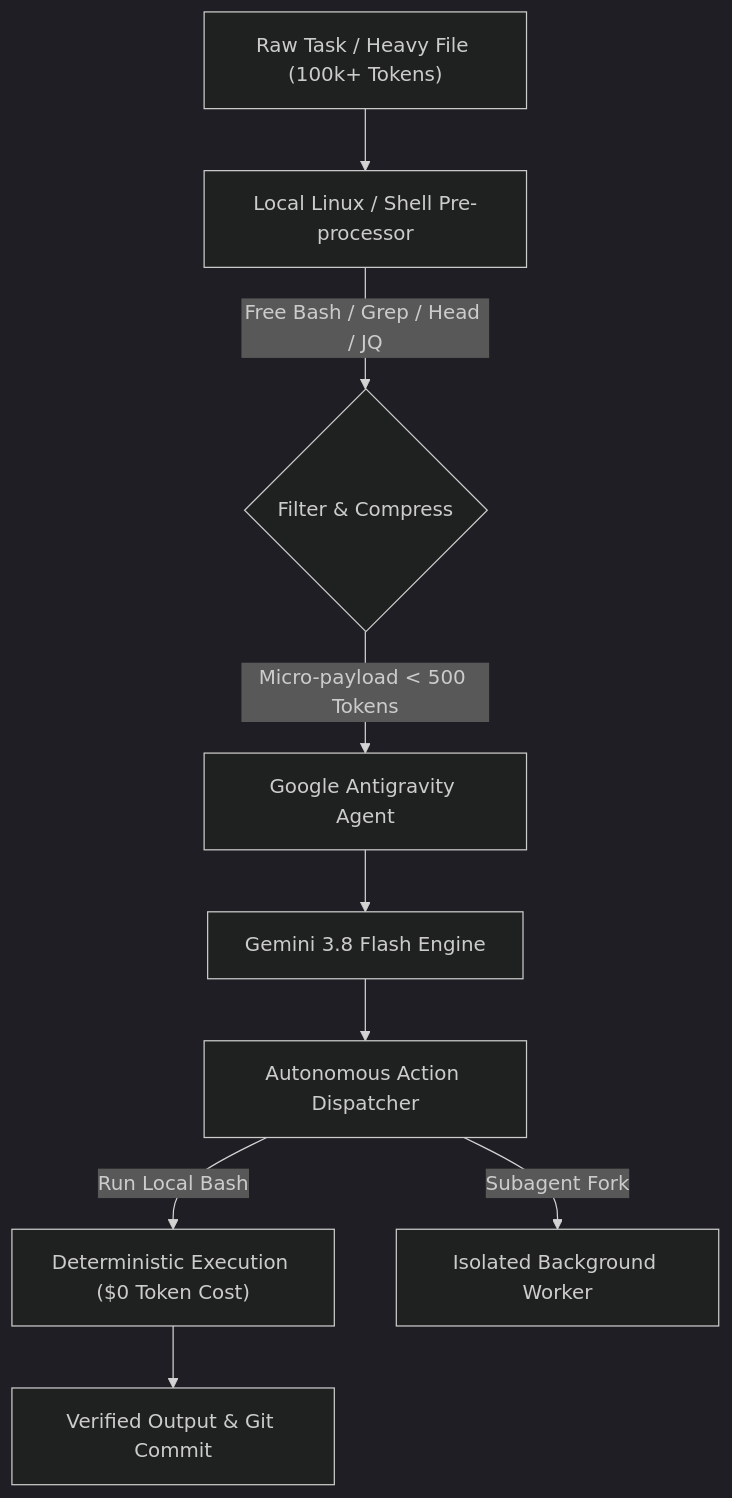
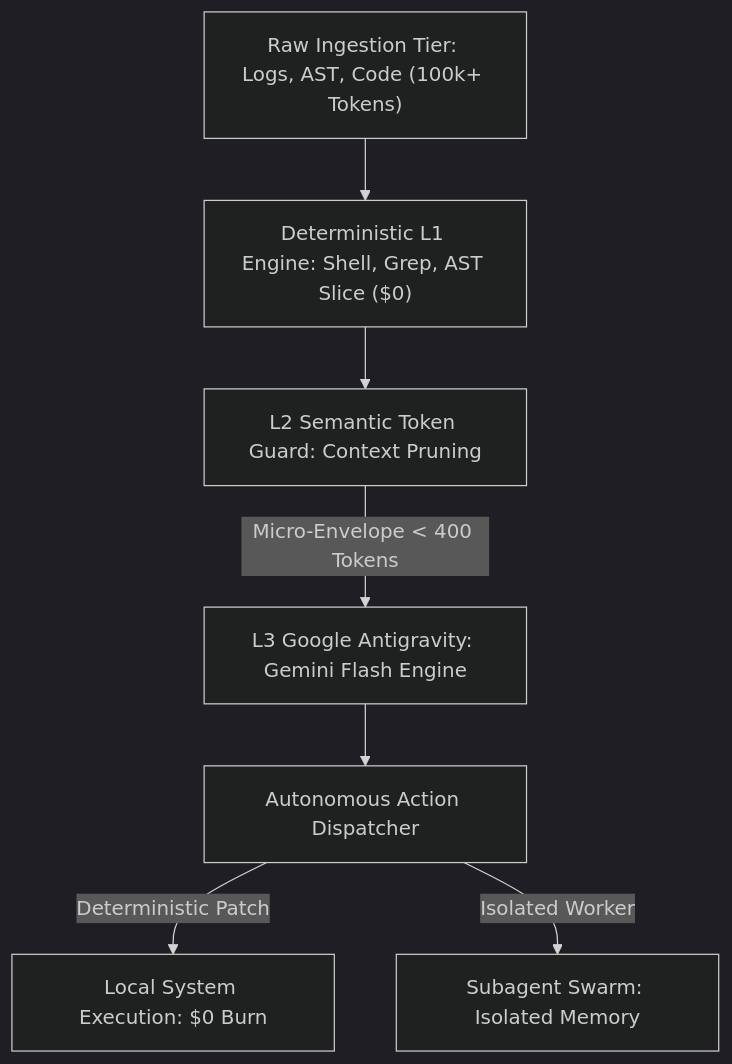
One commit to Amz34/antigravity-zero-token-suite changed the diagram in README.md. Above: the diagram before and after it, drawn with Mermaid (dark theme). The commit also changed other lines of this file, not shown here.

Commit message:
docs: elevate architecture to legendary data scientist standard with beginner intuition

````diff
--- a/README.md
+++ b/README.md
@@ -27,11 +34,9 @@
 ```mermaid
 flowchart TD
-    A["Raw Task / Heavy File (100k+ Tokens)"] --> B["Local Linux / Shell Pre-processor"]
-    B -->|Free Bash / Grep / Head / JQ| C{"Filter & Compress"}
-    C -->|Micro-payload < 500 Tokens| D["Google Antigravity Agent"]
-    D --> E["Gemini 3.8 Flash Engine"]
-    E --> F["Autonomous Action Dispatcher"]
-    F -->|Run Local Bash| G["Deterministic Execution ($0 Token Cost)"]
-    F -->|Subagent Fork| H["Isolated Background Worker"]
-    G --> I["Verified Output & Git Commit"]
+    A["Raw Ingestion Tier: Logs, AST, Code (100k+ Tokens)"] --> B["Deterministic L1 Engine: Shell, Grep, AST Slice ($0)"]
+    B --> C["L2 Semantic Token Guard: Context Pruning"]
+    C -->|Micro-Envelope < 400 Tokens| D["L3 Google Antigravity: Gemini Flash Engine"]
+    D --> E["Autonomous Action Dispatcher"]
+    E -->|Deterministic Patch| F["Local System Execution: $0 Burn"]
+    E -->|Isolated Worker| G["Subagent Swarm: Isolated Memory"]
 ```
````
